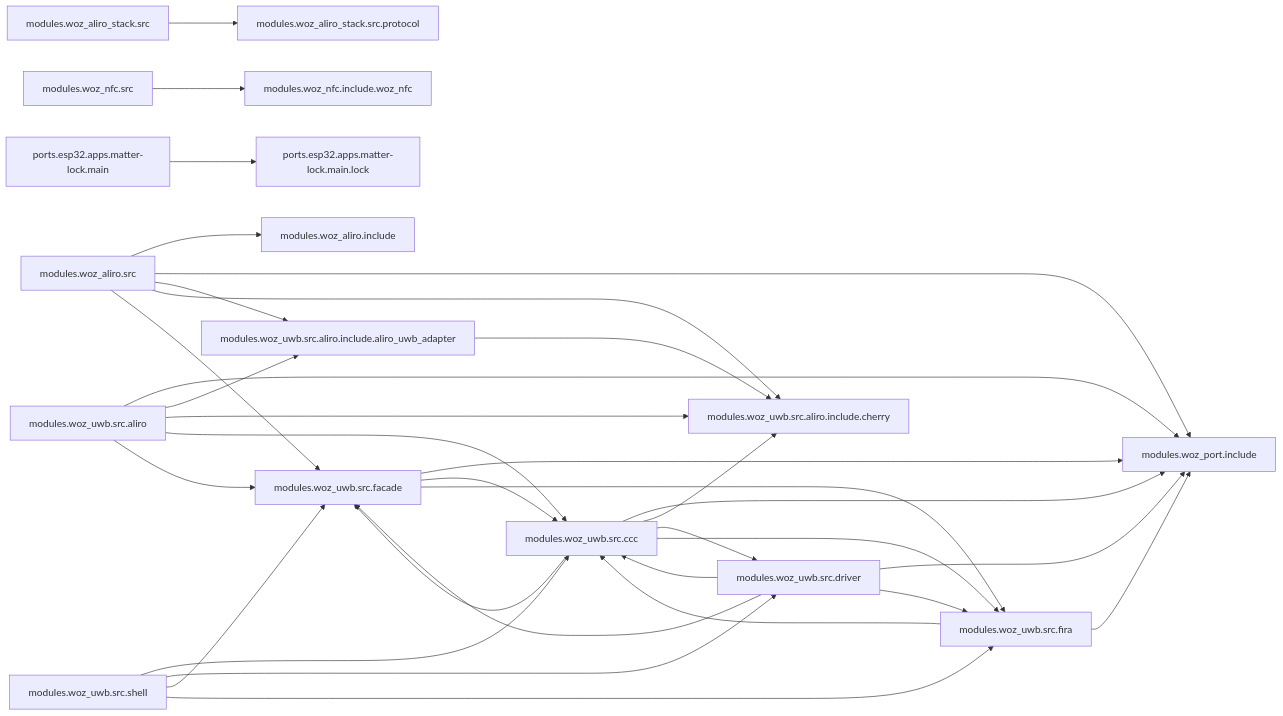
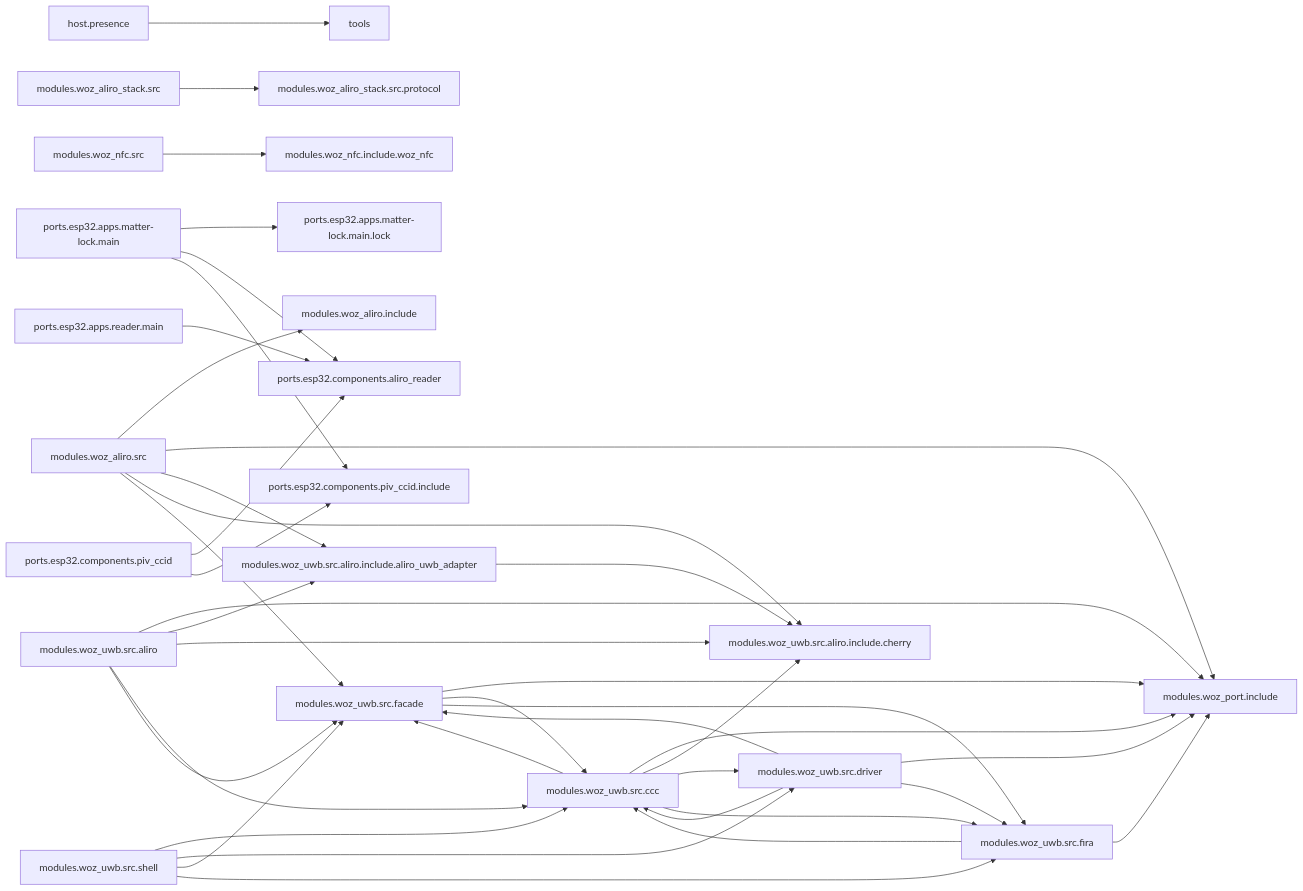
The diagram in docs/ARCHITECTURE.md (jonathan-shc/UWB), drawn with Mermaid before and after one commit. The commit also changed other lines of this file and 58 other files, not shown here.

````diff
--- a/docs/ARCHITECTURE.md
+++ b/docs/ARCHITECTURE.md
@@ -6,35 +6,41 @@
 ```mermaid
 flowchart LR
+  host.presence --> tools
   modules.woz_aliro.src --> modules.woz_aliro.include
   modules.woz_aliro.src --> modules.woz_port.include
   modules.woz_aliro.src --> modules.woz_uwb.src.aliro.include.aliro_uwb_adapter
   modules.woz_aliro.src --> modules.woz_uwb.src.aliro.include.cherry
   modules.woz_aliro.src --> modules.woz_uwb.src.facade
   modules.woz_aliro_stack.src --> modules.woz_aliro_stack.src.protocol
   modules.woz_nfc.src --> modules.woz_nfc.include.woz_nfc
   modules.woz_uwb.src.aliro --> modules.woz_port.include
   modules.woz_uwb.src.aliro --> modules.woz_uwb.src.aliro.include.aliro_uwb_adapter
   modules.woz_uwb.src.aliro --> modules.woz_uwb.src.aliro.include.cherry
   modules.woz_uwb.src.aliro --> modules.woz_uwb.src.ccc
   modules.woz_uwb.src.aliro --> modules.woz_uwb.src.facade
   modules.woz_uwb.src.aliro.include.aliro_uwb_adapter --> modules.woz_uwb.src.aliro.include.cherry
   modules.woz_uwb.src.ccc --> modules.woz_port.include
   modules.woz_uwb.src.ccc --> modules.woz_uwb.src.aliro.include.cherry
   modules.woz_uwb.src.ccc --> modules.woz_uwb.src.driver
   modules.woz_uwb.src.ccc --> modules.woz_uwb.src.facade
   modules.woz_uwb.src.ccc --> modules.woz_uwb.src.fira
   modules.woz_uwb.src.driver --> modules.woz_port.include
   modules.woz_uwb.src.driver --> modules.woz_uwb.src.ccc
   modules.woz_uwb.src.driver --> modules.woz_uwb.src.facade
   modules.woz_uwb.src.driver --> modules.woz_uwb.src.fira
   modules.woz_uwb.src.facade --> modules.woz_port.include
   modules.woz_uwb.src.facade --> modules.woz_uwb.src.ccc
   modules.woz_uwb.src.facade --> modules.woz_uwb.src.fira
   modules.woz_uwb.src.fira --> modules.woz_port.include
   modules.woz_uwb.src.fira --> modules.woz_uwb.src.ccc
   modules.woz_uwb.src.shell --> modules.woz_uwb.src.ccc
   modules.woz_uwb.src.shell --> modules.woz_uwb.src.driver
   modules.woz_uwb.src.shell --> modules.woz_uwb.src.facade
   modules.woz_uwb.src.shell --> modules.woz_uwb.src.fira
   ports.esp32.apps.matter-lock.main --> ports.esp32.apps.matter-lock.main.lock
+  ports.esp32.apps.matter-lock.main --> ports.esp32.components.aliro_reader
+  ports.esp32.apps.matter-lock.main --> ports.esp32.components.piv_ccid.include
+  ports.esp32.apps.reader.main --> ports.esp32.components.aliro_reader
+  ports.esp32.components.piv_ccid --> ports.esp32.components.aliro_reader
+  ports.esp32.components.piv_ccid --> ports.esp32.components.piv_ccid.include
 ```
````
